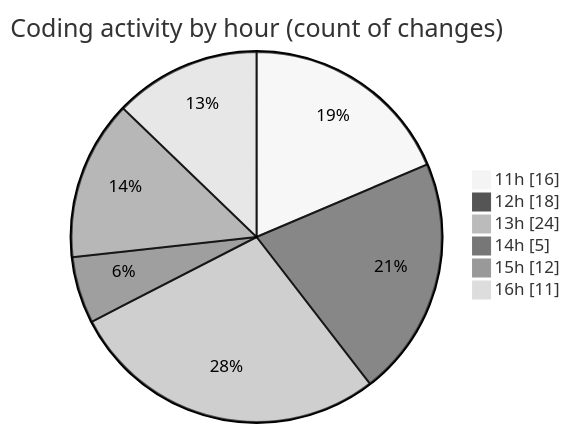
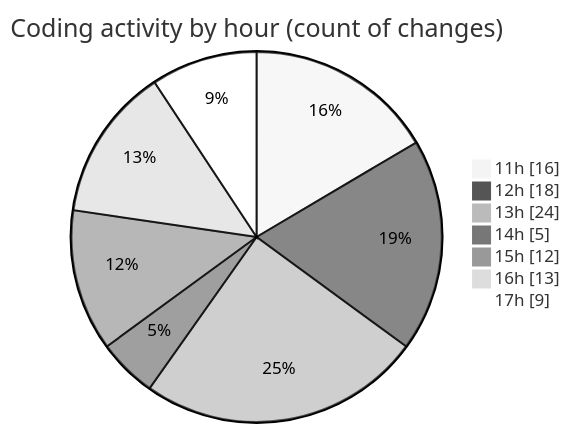
Before and after one commit to nxtqubesakshisongat/code-tracking: the second of 2 diagrams in 2025-10-01/nxtqube_webapp/README.md, drawn with Mermaid (neutral theme). The commit also changed other lines of this file and 1 other file, not shown here.

````diff
--- a/2025-10-01/nxtqube_webapp/README.md
+++ b/2025-10-01/nxtqube_webapp/README.md
@@ -34,10 +34,11 @@
 ```mermaid
 pie showData
 title Coding activity by hour (count of changes)
 "11h" : 16
 "12h" : 18
 "13h" : 24
 "14h" : 5
 "15h" : 12
-"16h" : 11
+"16h" : 13
+"17h" : 9
 ```
````
